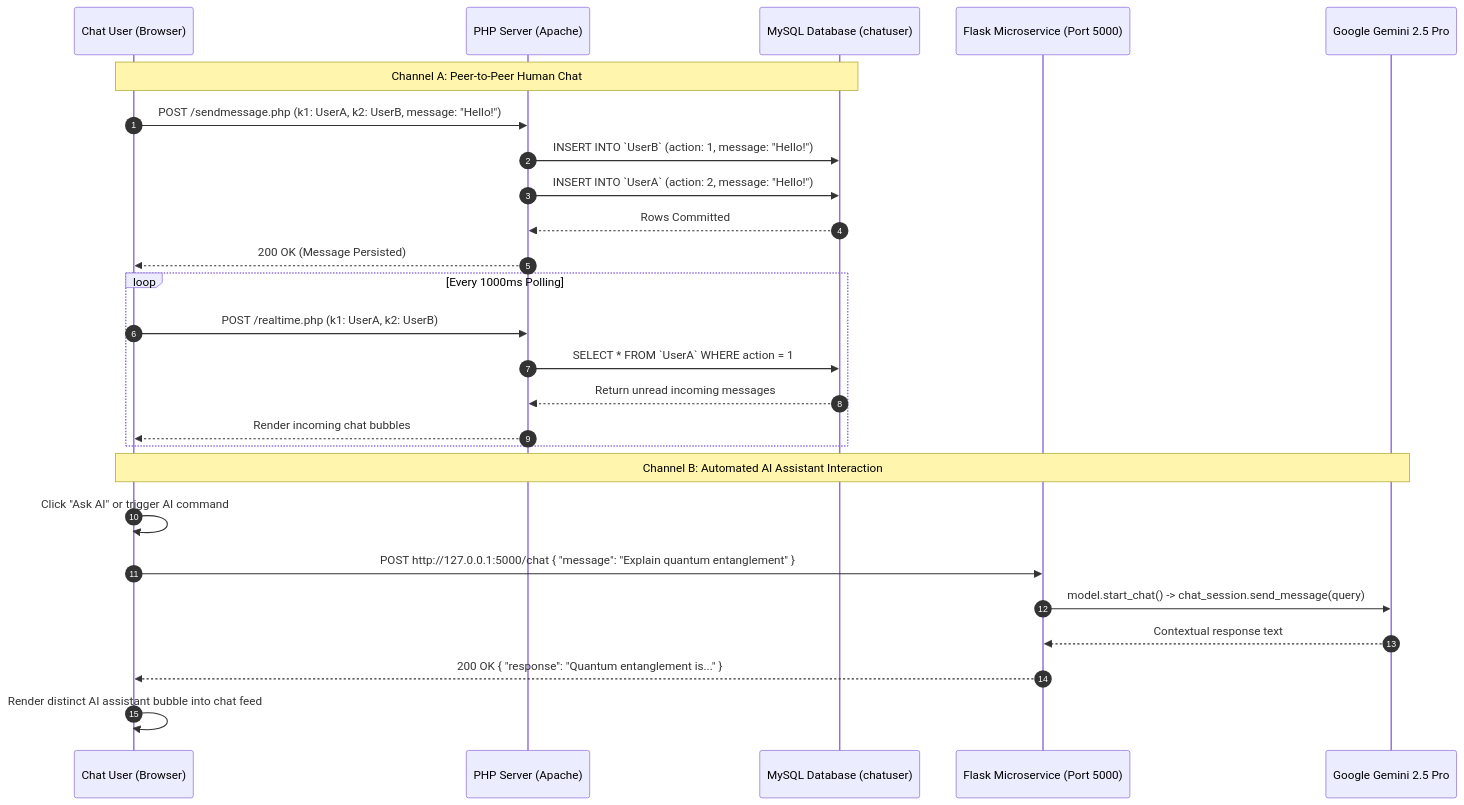
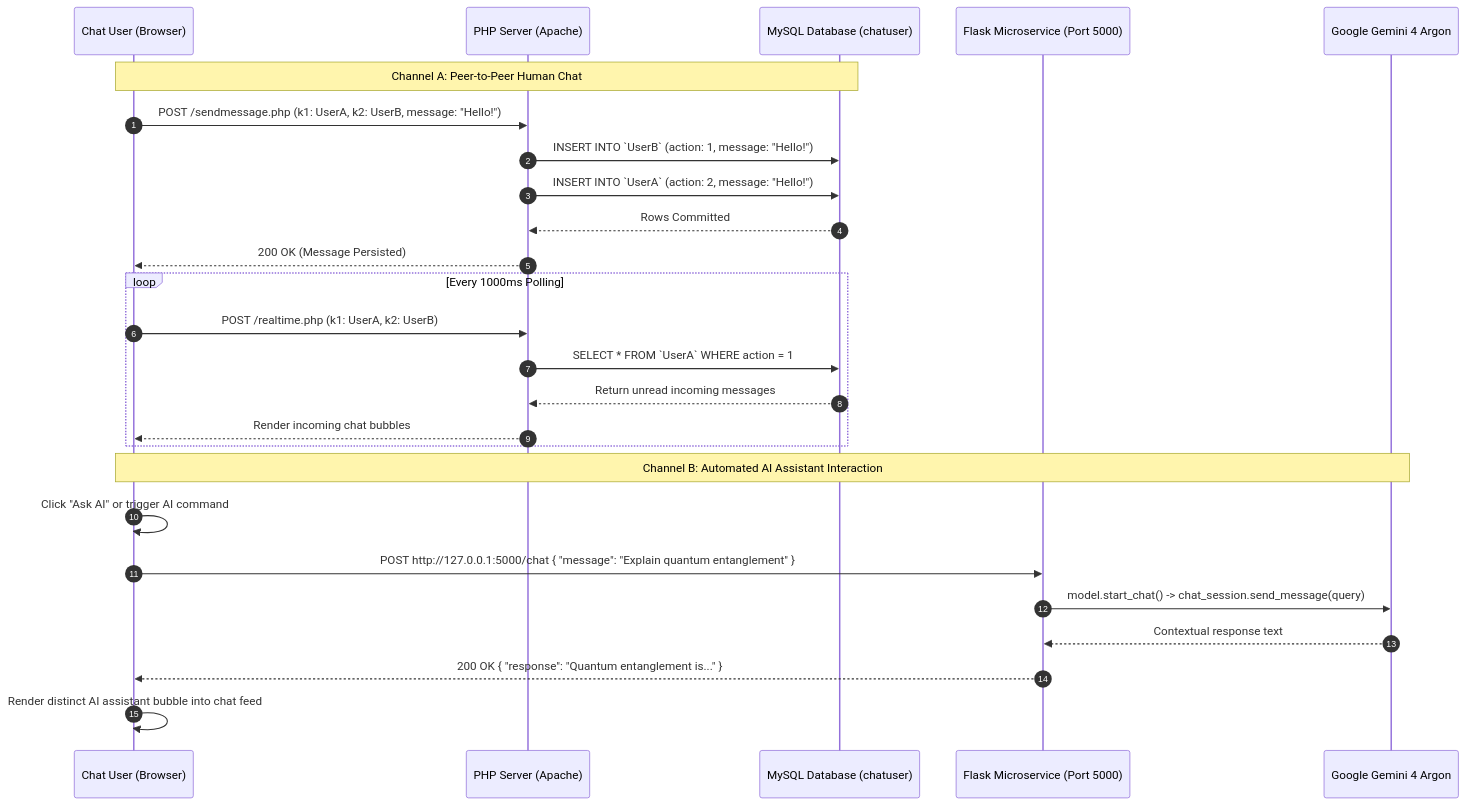
One commit to dhrub4545/Web-Based-Real-Time-AI-Chat-Application changed the second of 2 diagrams in README.md. Above: the diagram before and after it, drawn with Mermaid. The commit also changed other lines of this file and 1 other file, not shown here.

Commit message:
feat(ai): upgrade to latest Google frontier models (Gemini 4 Argon & Gemini 3.8 Flash)

````diff
--- a/README.md
+++ b/README.md
@@ -103,31 +103,31 @@
 ```mermaid
 sequenceDiagram
     autonumber
     participant User as Chat User (Browser)
     participant PHP as PHP Server (Apache)
     participant MySQL as MySQL Database (chatuser)
     participant Flask as Flask Microservice (Port 5000)
-    participant Gemini as Google Gemini 2.5 Pro
+    participant Gemini as Google Gemini 4 Argon
 
     Note over User,MySQL: Channel A: Peer-to-Peer Human Chat
     User->>PHP: POST /sendmessage.php (k1: UserA, k2: UserB, message: "Hello!")
     PHP->>MySQL: INSERT INTO `UserB` (action: 1, message: "Hello!")
     PHP->>MySQL: INSERT INTO `UserA` (action: 2, message: "Hello!")
     MySQL-->>PHP: Rows Committed
     PHP-->>User: 200 OK (Message Persisted)
 
     loop Every 1000ms Polling
         User->>PHP: POST /realtime.php (k1: UserA, k2: UserB)
         PHP->>MySQL: SELECT * FROM `UserA` WHERE action = 1
         MySQL-->>PHP: Return unread incoming messages
         PHP-->>User: Render incoming chat bubbles
     end
 
     Note over User,Gemini: Channel B: Automated AI Assistant Interaction
     User->>User: Click "Ask AI" or trigger AI command
     User->>Flask: POST http://127.0.0.1:5000/chat { "message": "Explain quantum entanglement" }
     Flask->>Gemini: model.start_chat() -> chat_session.send_message(query)
     Gemini-->>Flask: Contextual response text
     Flask-->>User: 200 OK { "response": "Quantum entanglement is..." }
     User->>User: Render distinct AI assistant bubble into chat feed
 ```
````
